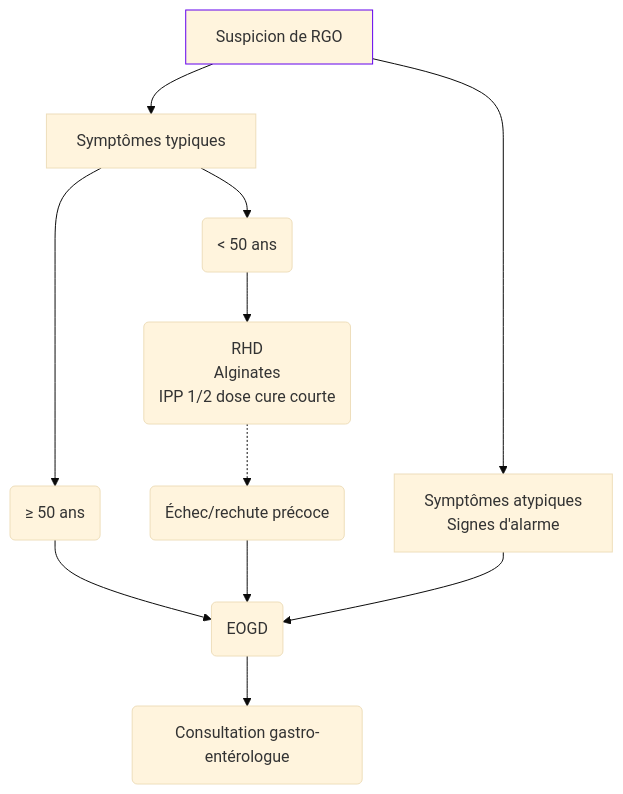
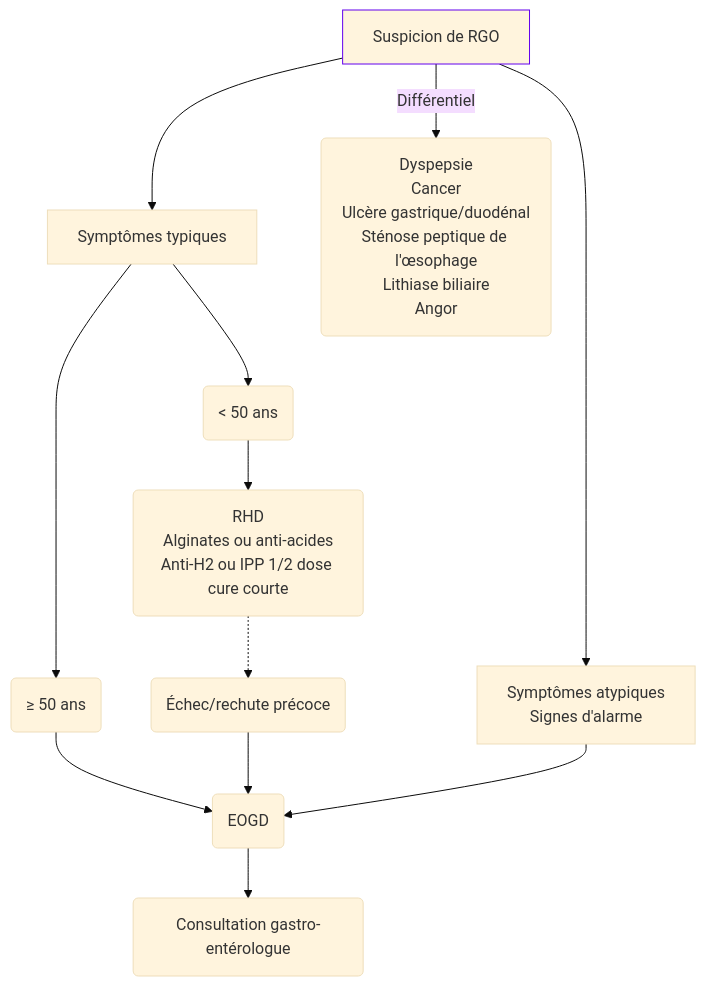
The diagram in content/recommandations/rgo.md (djibe/recommandations-medicales), drawn with Mermaid (base theme) before and after one commit. The commit also changed other lines of this file and 3 other files, not shown here.

```diff
--- a/content/recommandations/rgo.md
+++ b/content/recommandations/rgo.md
@@ -142,14 +229,15 @@
 {{< mermaid >}}
 graph TB
   RGO[Suspicion de RGO] --> atypique
   style RGO stroke:#6200ee, stroke-width:1px
   RGO --> typique
   typique[Symptômes typiques] --> 50-(< 50 ans)
   typique --> 50+("#ge; 50 ans")
     50+ --> EOGD(EOGD)
-    50- --> RHD(RHD<br>Alginates<br>IPP 1/2 dose cure courte)
+    50- --> RHD(RHD<br>Alginates ou anti-acides<br>Anti-H2 ou IPP 1/2 dose cure courte)
     RHD -.-> typIncomplet(Échec/rechute précoce)
     typIncomplet --> EOGD
     EOGD --> csGastro(Consultation gastro-entérologue)
   atypique[Symptômes atypiques<br>Signes d'alarme] --> EOGD
+  RGO --Différentiel--> differentiel(Dyspepsie<br>Cancer<br>Ulcère gastrique/duodénal<br>Sténose peptique de l'œsophage<br>Lithiase biliaire<br>Angor)
 {{< /mermaid >}}
```
